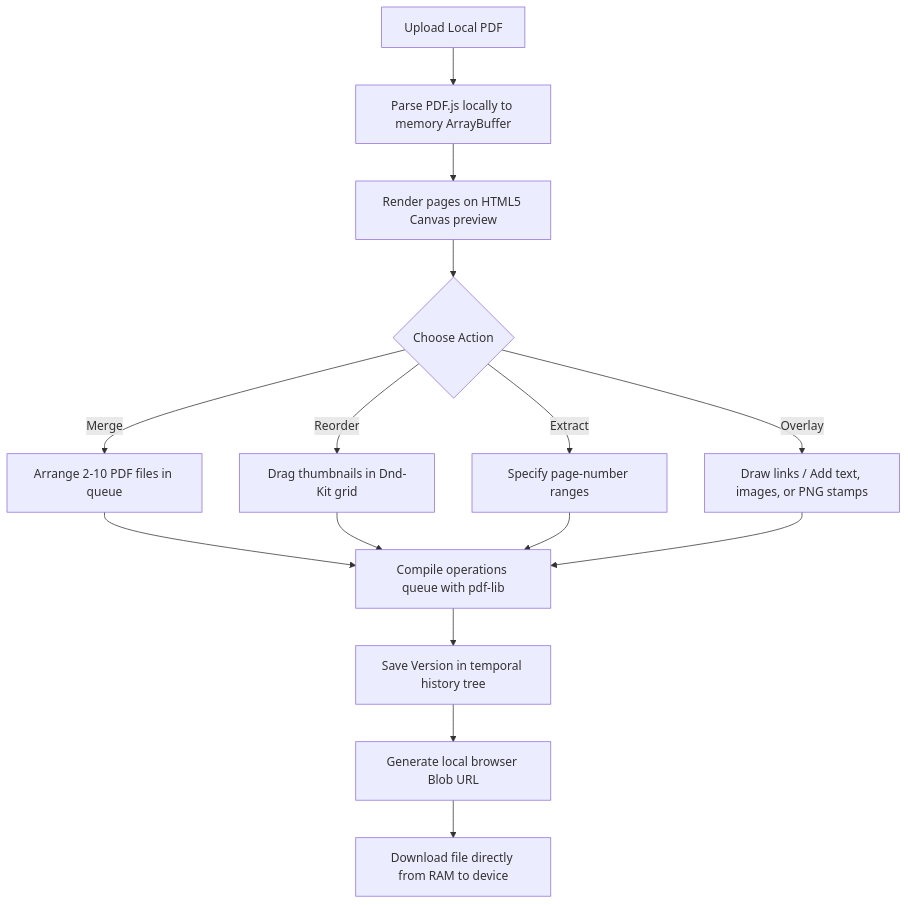
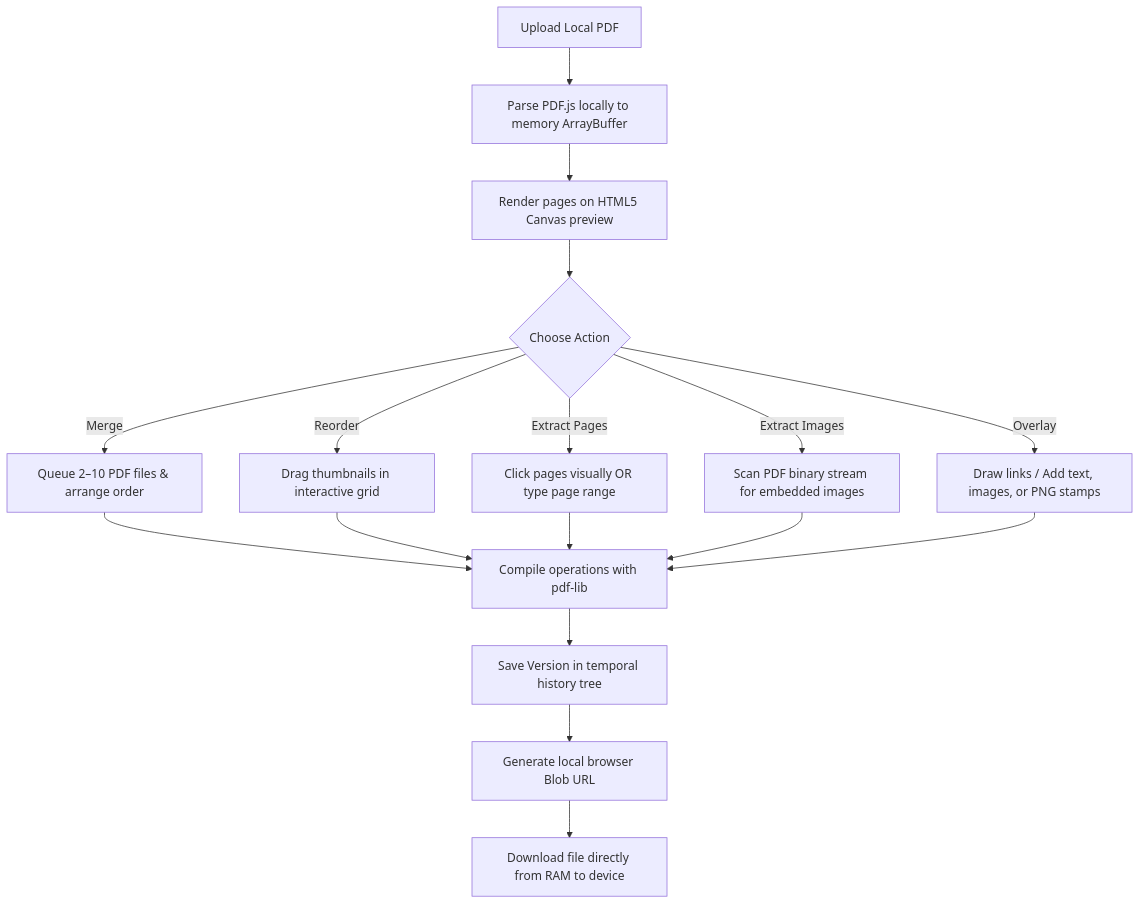
The diagram in README.md (pakcli/client-side-pdf-editor), drawn with Mermaid before and after one commit. The commit also changed other lines of this file, not shown here.

````diff
--- a/README.md
+++ b/README.md
@@ -9,17 +9,19 @@
 ```mermaid
 graph TD
     A[Upload Local PDF] --> B[Parse PDF.js locally to memory ArrayBuffer]
     B --> C[Render pages on HTML5 Canvas preview]
     C --> D{Choose Action}
-    D -->|Merge| E[Arrange 2-10 PDF files in queue]
-    D -->|Reorder| F[Drag thumbnails in Dnd-Kit grid]
-    D -->|Extract| G[Specify page-number ranges]
-    D -->|Overlay| H[Draw links / Add text, images, or PNG stamps]
-    E --> I[Compile operations queue with pdf-lib]
-    F --> I
-    G --> I
-    H --> I
-    I --> J[Save Version in temporal history tree]
-    J --> K[Generate local browser Blob URL]
-    K --> L[Download file directly from RAM to device]
+    D -->|Merge| E[Queue 2–10 PDF files & arrange order]
+    D -->|Reorder| F[Drag thumbnails in interactive grid]
+    D -->|Extract Pages| G[Click pages visually OR type page range]
+    D -->|Extract Images| H[Scan PDF binary stream for embedded images]
+    D -->|Overlay| I[Draw links / Add text, images, or PNG stamps]
+    E --> J[Compile operations with pdf-lib]
+    F --> J
+    G --> J
+    H --> J
+    I --> J
+    J --> K[Save Version in temporal history tree]
+    K --> L[Generate local browser Blob URL]
+    L --> M[Download file directly from RAM to device]
 ```
````
